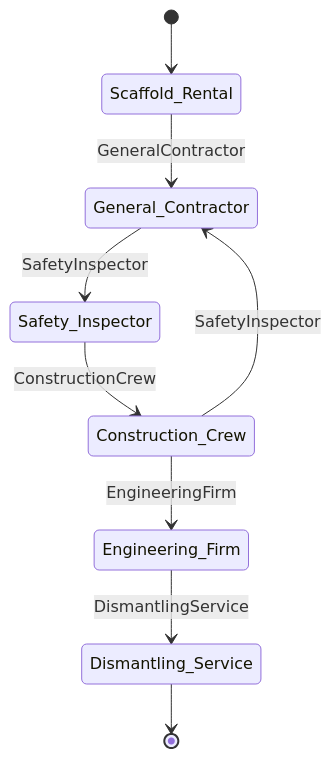
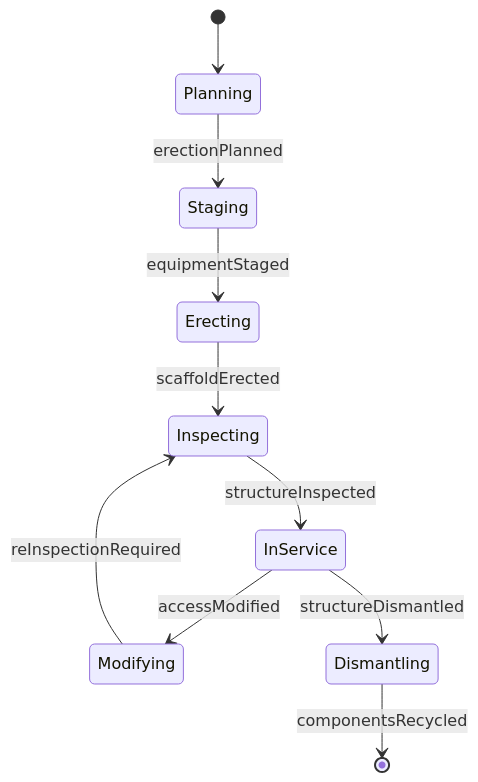
One commit to dot-org-ai/tasks.org.ai changed the second of 4 diagrams in HandlingAndMovingObjects/BuildStructures/AssembleTemporaryEquipmentStructures.mdx. Above: the diagram before and after it, drawn with Mermaid. The commit also changed other lines of this file and 515 other files, not shown here.

````diff
--- a/HandlingAndMovingObjects/BuildStructures/AssembleTemporaryEquipmentStructures.mdx
+++ b/HandlingAndMovingObjects/BuildStructures/AssembleTemporaryEquipmentStructures.mdx
@@ -101,11 +99,12 @@
 ```mermaid
 stateDiagram-v2
-    [*] --> Scaffold_Rental
-    Scaffold_Rental --> General_Contractor: GeneralContractor
-    General_Contractor --> Safety_Inspector: SafetyInspector
-    Safety_Inspector --> Construction_Crew: ConstructionCrew
-    Construction_Crew --> Engineering_Firm: EngineeringFirm
-    Engineering_Firm --> Dismantling_Service: DismantlingService
-    Construction_Crew --> General_Contractor: SafetyInspector
-    Dismantling_Service --> [*]
+    [*] --> Planning
+    Planning --> Staging : erectionPlanned
+    Staging --> Erecting : equipmentStaged
+    Erecting --> Inspecting : scaffoldErected
+    Inspecting --> InService : structureInspected
+    InService --> Modifying : accessModified
+    Modifying --> Inspecting : reInspectionRequired
+    InService --> Dismantling : structureDismantled
+    Dismantling --> [*] : componentsRecycled
 ```
````
